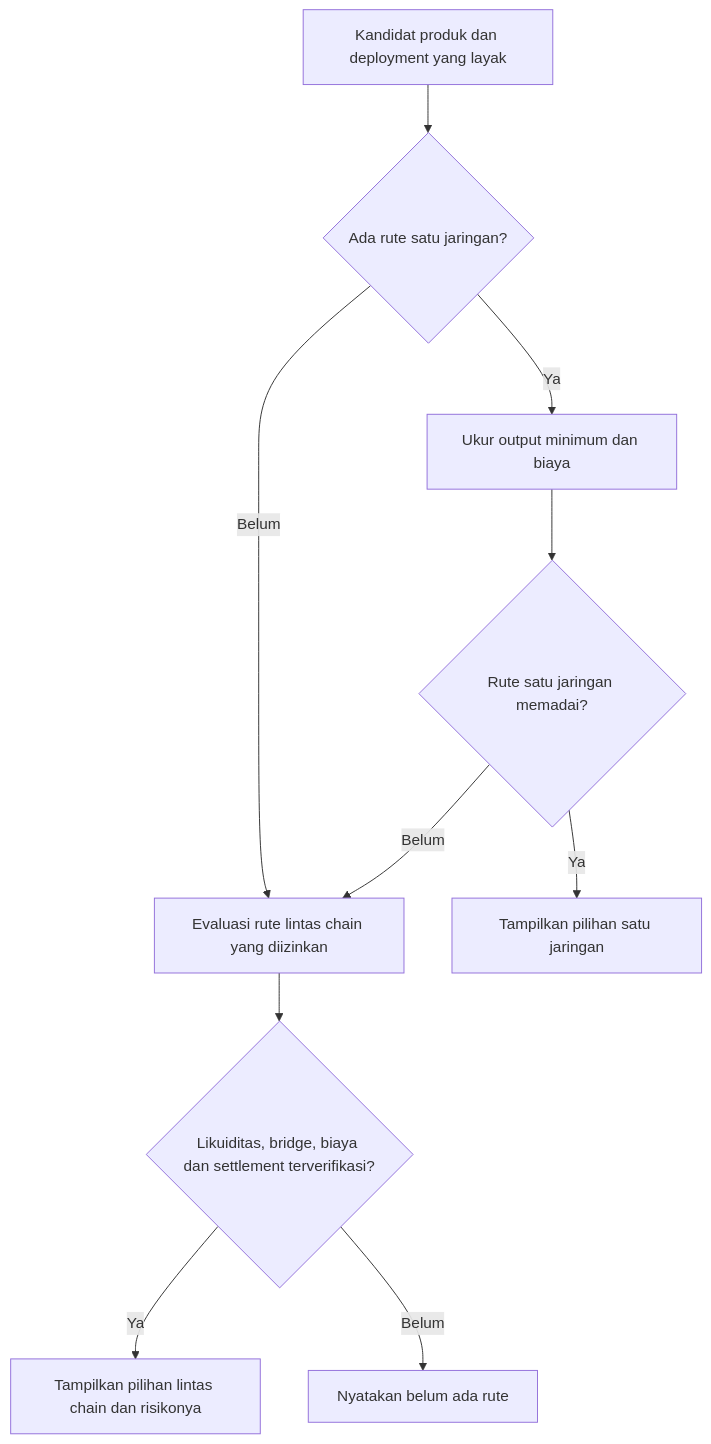
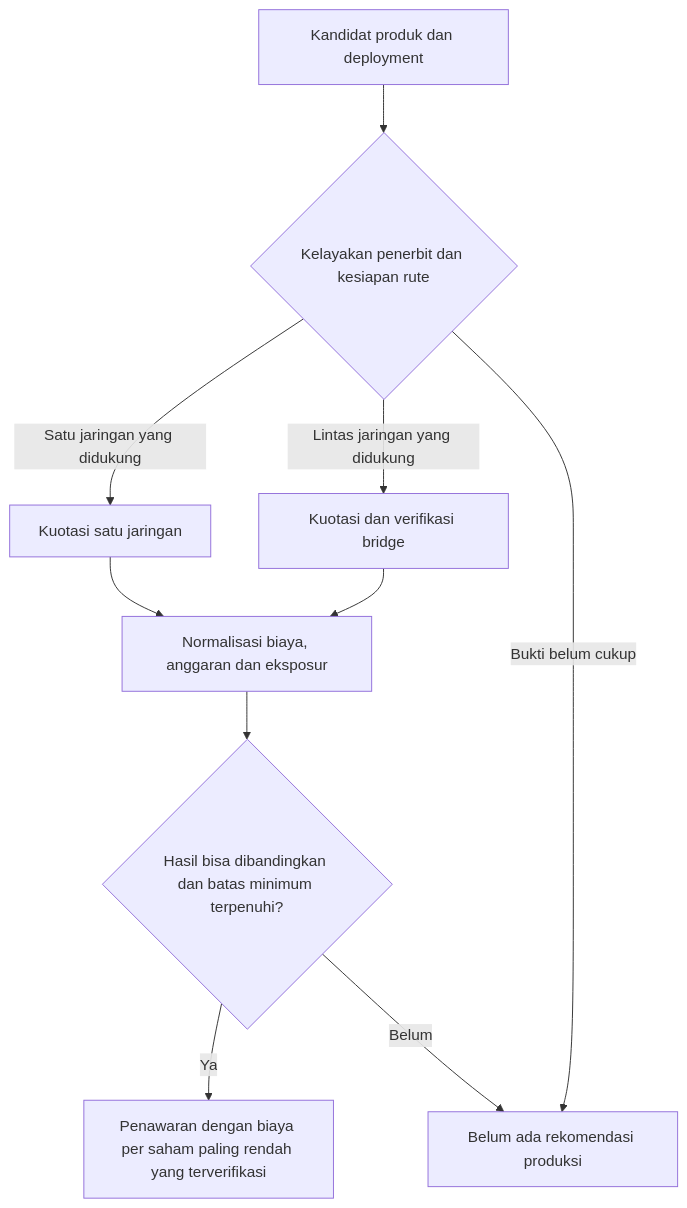
One commit to 1Stocks/1stocks changed the fourth of 5 diagrams in docs/architecture/tokenized-equities.md. Above: the diagram before and after it, drawn with Mermaid. The commit also changed other lines of this file and 4 other files, not shown here.

Commit message:
docs: align architecture with product-first eligibility

````diff
--- a/docs/architecture/tokenized-equities.md
+++ b/docs/architecture/tokenized-equities.md
@@ -79,12 +96,12 @@
 ```mermaid
 flowchart TD
-    A[Kandidat produk dan deployment yang layak] --> B{Ada rute satu jaringan?}
-    B -- Ya --> C[Ukur output minimum dan biaya]
-    B -- Belum --> D[Evaluasi rute lintas chain yang diizinkan]
-    C --> E{Rute satu jaringan memadai?}
-    E -- Ya --> F[Tampilkan pilihan satu jaringan]
-    E -- Belum --> D
-    D --> G{Likuiditas, bridge, biaya dan settlement terverifikasi?}
-    G -- Ya --> H[Tampilkan pilihan lintas chain dan risikonya]
-    G -- Belum --> I[Nyatakan belum ada rute]
+    A[Kandidat produk dan deployment] --> B{Kelayakan penerbit dan kesiapan rute}
+    B -- Satu jaringan yang didukung --> C[Kuotasi satu jaringan]
+    B -- Lintas jaringan yang didukung --> D[Kuotasi dan verifikasi bridge]
+    B -- Bukti belum cukup --> I[Belum ada rekomendasi produksi]
+    C --> E[Normalisasi biaya, anggaran dan eksposur]
+    D --> E
+    E --> F{Hasil bisa dibandingkan dan batas minimum terpenuhi?}
+    F -- Ya --> G[Penawaran dengan biaya per saham paling rendah yang terverifikasi]
+    F -- Belum --> I
 ```
````
